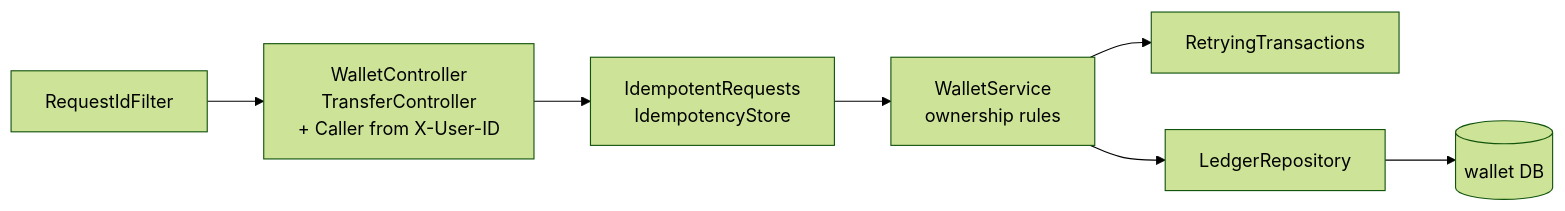
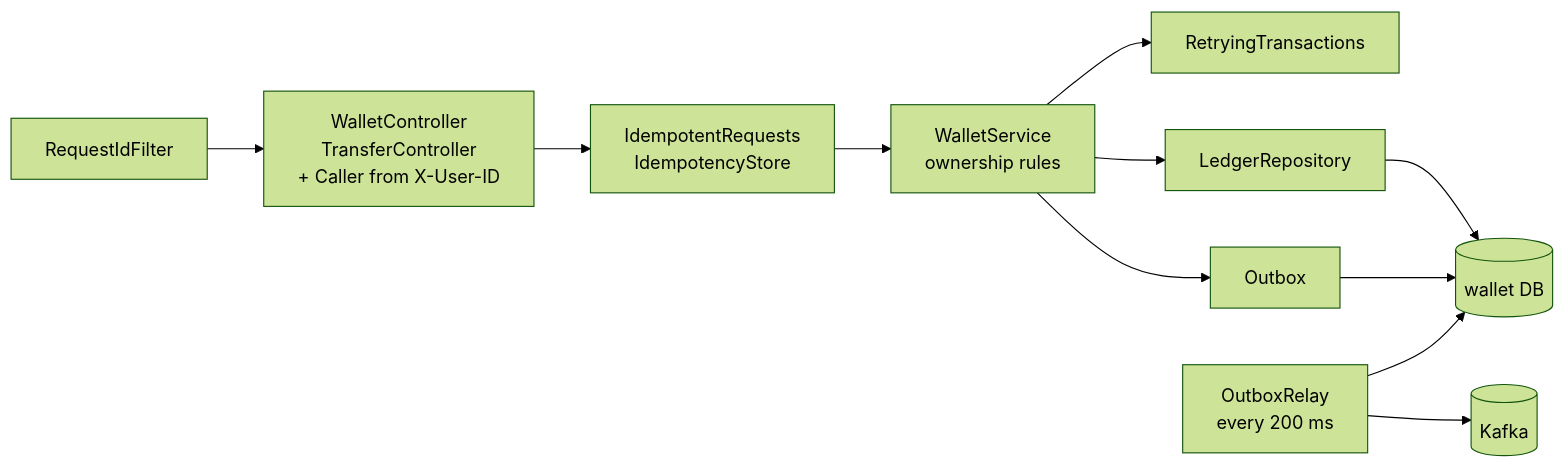
The second of 2 diagrams in docs/architecture.md (Aestheticsuraj234/payments-microservices-springboot), drawn with Mermaid (forest theme) before and after one commit. The commit also changed other lines of this file and 18 other files, not shown here.

First line of the commit message:
feat(wallet): events on Kafka through a transactional outbox

````diff
--- a/docs/architecture.md
+++ b/docs/architecture.md
@@ -28,8 +29,11 @@
 ```mermaid
 flowchart LR
     f[RequestIdFilter] --> c[WalletController<br/>TransferController<br/>+ Caller from X-User-ID]
     c --> i[IdempotentRequests<br/>IdempotencyStore]
     i --> s[WalletService<br/>ownership rules]
     s --> rt[RetryingTransactions]
     s --> r[LedgerRepository] --> db[(wallet DB)]
+    s --> o[Outbox] --> db
+    relay[OutboxRelay<br/>every 200 ms] --> db
+    relay --> k[(Kafka)]
 ```
````
